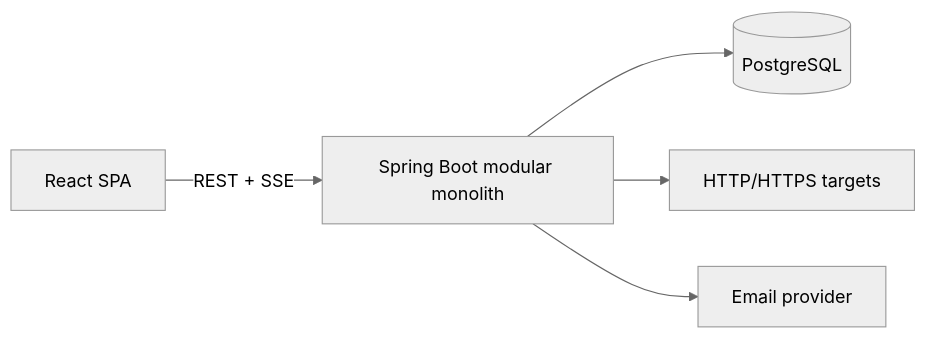
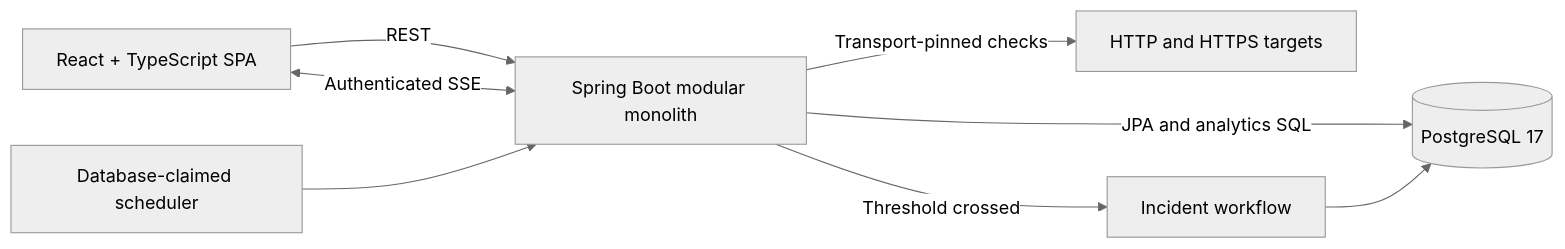
One commit to mahibnasif/pulseops changed the diagram in README.md. Above: the diagram before and after it, drawn with Mermaid (neutral theme). The commit also changed other lines of this file, not shown here.

````diff
--- a/README.md
+++ b/README.md
@@ -12,7 +63,10 @@
 ```mermaid
 flowchart LR
-    Browser[React SPA] -->|REST + SSE| API[Spring Boot modular monolith]
-    API --> DB[(PostgreSQL)]
-    API --> Targets[HTTP/HTTPS targets]
-    API --> Email[Email provider]
+    Browser["React + TypeScript SPA"] -->|"REST"| API["Spring Boot modular monolith"]
+    Browser <-->|"Authenticated SSE"| API
+    API -->|"JPA and analytics SQL"| Database[("PostgreSQL 17")]
+    Scheduler["Database-claimed scheduler"] --> API
+    API -->|"Transport-pinned checks"| Targets["HTTP and HTTPS targets"]
+    API -->|"Threshold crossed"| Incident["Incident workflow"]
+    Incident --> Database
 ```
````
